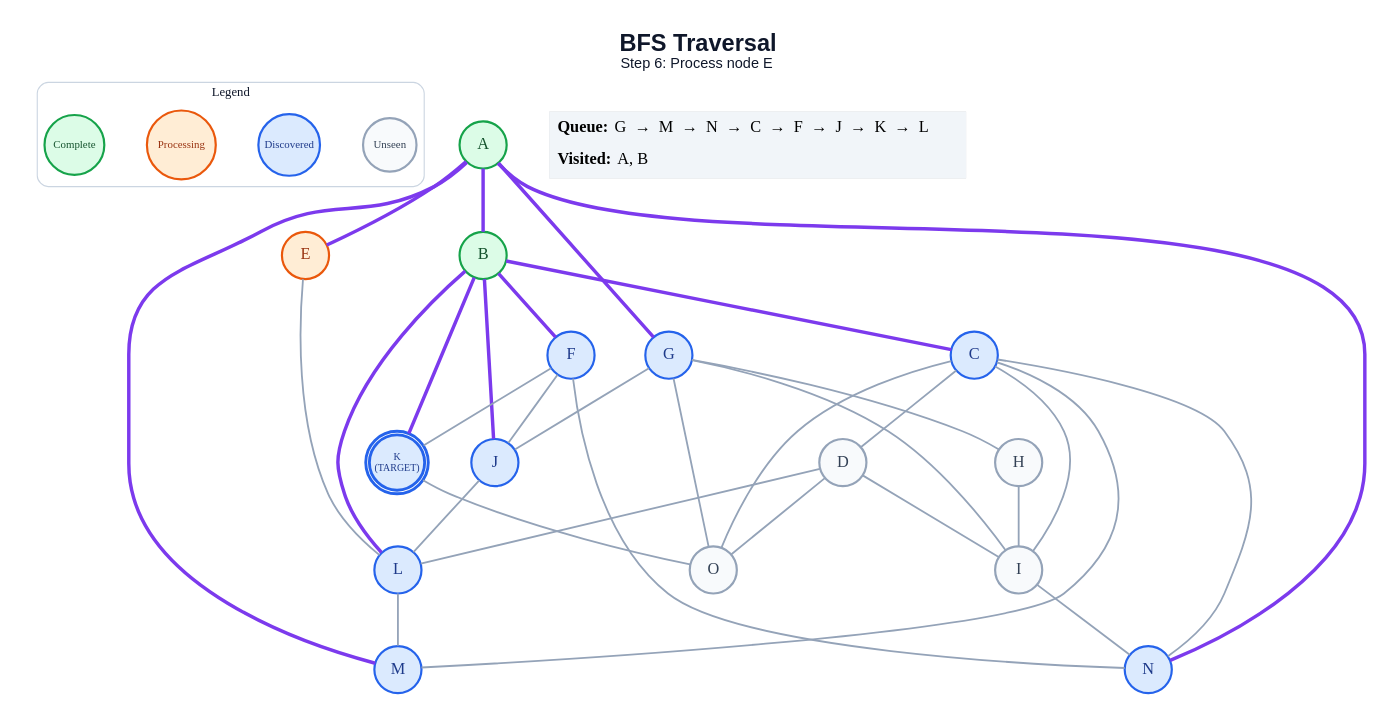
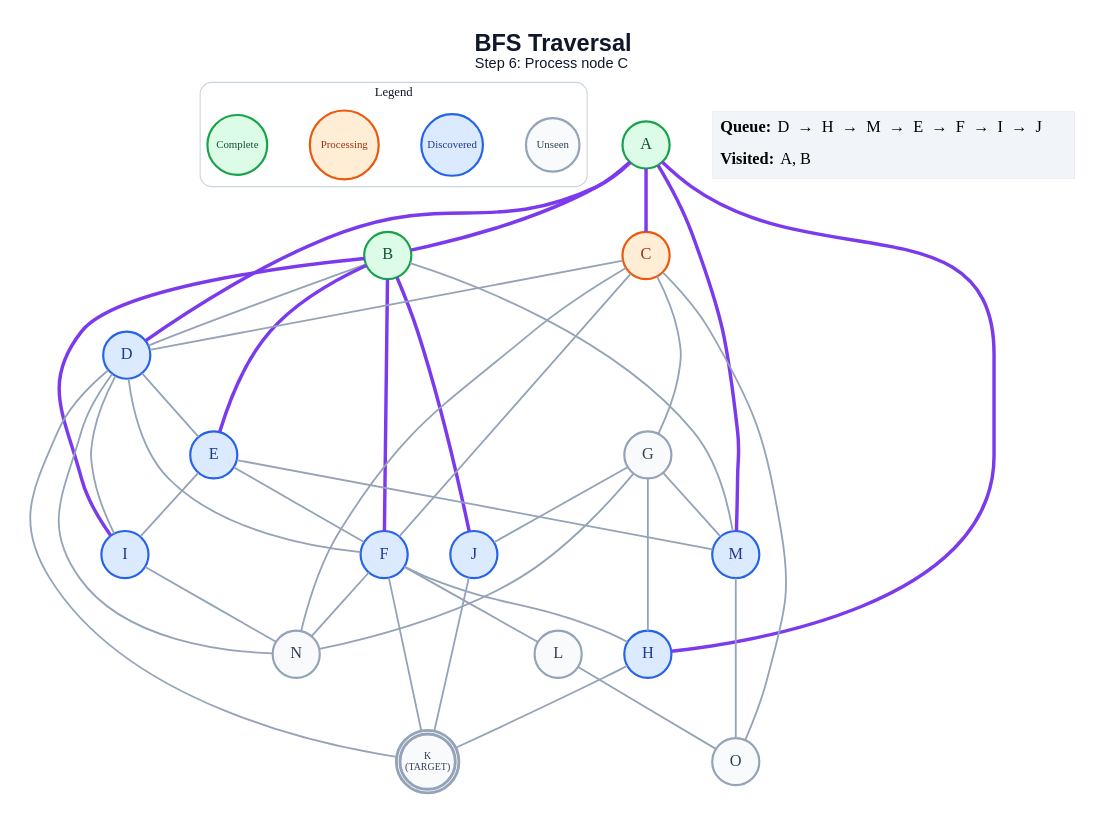
The diagram in generated/specific-node/bfs/step_06.dot (anon7238593-create/ai-slop), drawn with Graphviz before and after one commit. The commit also changed 259 other files, not shown here.

```diff
--- a/generated/specific-node/bfs/step_06.dot
+++ b/generated/specific-node/bfs/step_06.dot
@@ -1,65 +1,71 @@
 graph traversal {
   graph [layout=dot, rankdir=TB, bgcolor="#FFFFFF", pad="0.35", nodesep="0.65", ranksep="0.8", fontname="Arial"];
   node [shape=circle, style="filled", fontname="Arial Bold", fontsize=18, width=0.72, fixedsize=true, penwidth=2.4];
   edge [color="#94A3B8", penwidth=2.0];
-  label=<<B>BFS Traversal</B><BR/><FONT POINT-SIZE="16">Step 6: Process node E</FONT>>; labelloc="t"; fontsize=26; fontname="Arial"; fontcolor="#0F172A";
+  label=<<B>BFS Traversal</B><BR/><FONT POINT-SIZE="16">Step 6: Process node C</FONT>>; labelloc="t"; fontsize=26; fontname="Arial"; fontcolor="#0F172A";
   subgraph cluster_legend { label="Legend"; color="#CBD5E1"; penwidth=1.2; style="rounded"; fontsize=14; fontname="Arial Bold";
     key_unseen [label="Unseen", fillcolor="#F8FAFC", color="#94A3B8", fontcolor="#334155", fontsize=12, width=0.82];
     key_frontier [label="Discovered", fillcolor="#DBEAFE", color="#2563EB", fontcolor="#1E3A8A", fontsize=12, width=0.95];
     key_current [label="Processing", fillcolor="#FFEDD5", color="#EA580C", fontcolor="#9A3412", fontsize=12, width=1.05];
     key_done [label="Complete", fillcolor="#DCFCE7", color="#16A34A", fontcolor="#14532D", fontsize=12, width=0.92];
     { rank=same; key_unseen; key_frontier; key_current; key_done; }
   }
   A [label="A", fillcolor="#DCFCE7", color="#16A34A", fontcolor="#14532D", peripheries=1, penwidth=2.4];
   B [label="B", fillcolor="#DCFCE7", color="#16A34A", fontcolor="#14532D", peripheries=1, penwidth=2.4];
-  C [label="C", fillcolor="#DBEAFE", color="#2563EB", fontcolor="#1E3A8A", peripheries=1, penwidth=2.4];
-  D [label="D", fillcolor="#F8FAFC", color="#94A3B8", fontcolor="#334155", peripheries=1, penwidth=2.4];
-  E [label="E", fillcolor="#FFEDD5", color="#EA580C", fontcolor="#9A3412", peripheries=1, penwidth=2.4];
+  C [label="C", fillcolor="#FFEDD5", color="#EA580C", fontcolor="#9A3412", peripheries=1, penwidth=2.4];
+  D [label="D", fillcolor="#DBEAFE", color="#2563EB", fontcolor="#1E3A8A", peripheries=1, penwidth=2.4];
+  E [label="E", fillcolor="#DBEAFE", color="#2563EB", fontcolor="#1E3A8A", peripheries=1, penwidth=2.4];
   F [label="F", fillcolor="#DBEAFE", color="#2563EB", fontcolor="#1E3A8A", peripheries=1, penwidth=2.4];
-  G [label="G", fillcolor="#DBEAFE", color="#2563EB", fontcolor="#1E3A8A", peripheries=1, penwidth=2.4];
-  H [label="H", fillcolor="#F8FAFC", color="#94A3B8", fontcolor="#334155", peripheries=1, penwidth=2.4];
-  I [label="I", fillcolor="#F8FAFC", color="#94A3B8", fontcolor="#334155", peripheries=1, penwidth=2.4];
+  G [label="G", fillcolor="#F8FAFC", color="#94A3B8", fontcolor="#334155", peripheries=1, penwidth=2.4];
+  H [label="H", fillcolor="#DBEAFE", color="#2563EB", fontcolor="#1E3A8A", peripheries=1, penwidth=2.4];
+  I [label="I", fillcolor="#DBEAFE", color="#2563EB", fontcolor="#1E3A8A", peripheries=1, penwidth=2.4];
   J [label="J", fillcolor="#DBEAFE", color="#2563EB", fontcolor="#1E3A8A", peripheries=1, penwidth=2.4];
-  K [label="K\n(TARGET)", fillcolor="#DBEAFE", color="#2563EB", fontcolor="#1E3A8A", peripheries=2, penwidth=3.2, fontsize=11, width=0.85, height=0.85];
-  L [label="L", fillcolor="#DBEAFE", color="#2563EB", fontcolor="#1E3A8A", peripheries=1, penwidth=2.4];
+  K [label="K\n(TARGET)", fillcolor="#F8FAFC", color="#94A3B8", fontcolor="#334155", peripheries=2, penwidth=3.2, fontsize=11, width=0.85, height=0.85];
+  L [label="L", fillcolor="#F8FAFC", color="#94A3B8", fontcolor="#334155", peripheries=1, penwidth=2.4];
   M [label="M", fillcolor="#DBEAFE", color="#2563EB", fontcolor="#1E3A8A", peripheries=1, penwidth=2.4];
-  N [label="N", fillcolor="#DBEAFE", color="#2563EB", fontcolor="#1E3A8A", peripheries=1, penwidth=2.4];
+  N [label="N", fillcolor="#F8FAFC", color="#94A3B8", fontcolor="#334155", peripheries=1, penwidth=2.4];
   O [label="O", fillcolor="#F8FAFC", color="#94A3B8", fontcolor="#334155", peripheries=1, penwidth=2.4];
   A -- B [color="#7C3AED", penwidth=3.8];
-  A -- E [color="#7C3AED", penwidth=3.8];
-  A -- G [color="#7C3AED", penwidth=3.8];
+  A -- C [color="#7C3AED", penwidth=3.8];
+  A -- D [color="#7C3AED", penwidth=3.8];
+  A -- H [color="#7C3AED", penwidth=3.8];
   A -- M [color="#7C3AED", penwidth=3.8];
-  A -- N [color="#7C3AED", penwidth=3.8];
-  B -- C [color="#7C3AED", penwidth=3.8];
+  B -- D;
+  B -- E [color="#7C3AED", penwidth=3.8];
   B -- F [color="#7C3AED", penwidth=3.8];
+  B -- I [color="#7C3AED", penwidth=3.8];
   B -- J [color="#7C3AED", penwidth=3.8];
-  B -- K [color="#7C3AED", penwidth=3.8];
-  B -- L [color="#7C3AED", penwidth=3.8];
+  B -- M;
   C -- D;
-  C -- I;
-  C -- M;
+  C -- F;
+  C -- G;
   C -- N;
   C -- O;
+  D -- E;
+  D -- F;
   D -- I;
-  D -- L;
-  D -- O;
-  E -- L;
-  F -- J;
+  D -- K;
+  D -- N;
+  E -- F;
+  E -- I;
+  E -- M;
+  F -- H;
   F -- K;
+  F -- L;
   F -- N;
   G -- H;
-  G -- I;
   G -- J;
-  G -- O;
-  H -- I;
+  G -- M;
+  G -- N;
+  H -- K;
   I -- N;
-  J -- L;
-  K -- O;
-  L -- M;
+  J -- K;
+  L -- O;
+  M -- O;
   status [shape=plain, fixedsize=false, width=0, height=0, margin=0, label=<
     <TABLE BORDER="0" CELLBORDER="0" CELLPADDING="7" BGCOLOR="#F1F5F9">
-      <TR><TD ALIGN="LEFT"><B>Queue:</B> G  →  M  →  N  →  C  →  F  →  J  →  K  →  L</TD></TR>
+      <TR><TD ALIGN="LEFT"><B>Queue:</B> D  →  H  →  M  →  E  →  F  →  I  →  J</TD></TR>
       <TR><TD ALIGN="LEFT"><B>Visited:</B> A, B</TD></TR>
     </TABLE>
   >];
 }
```
